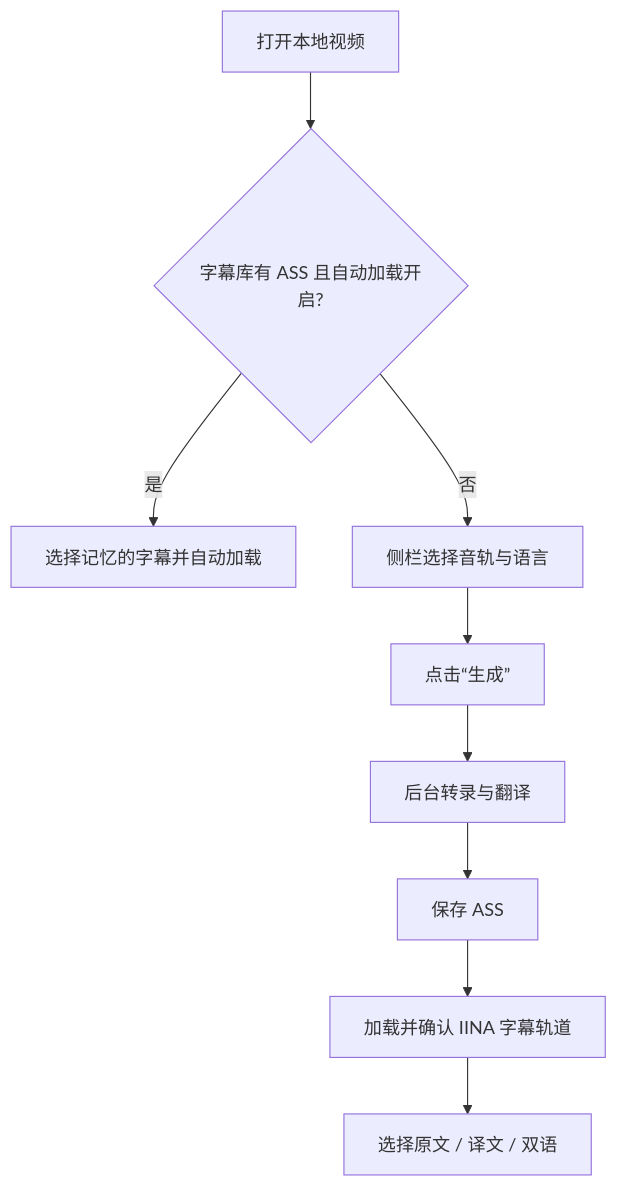
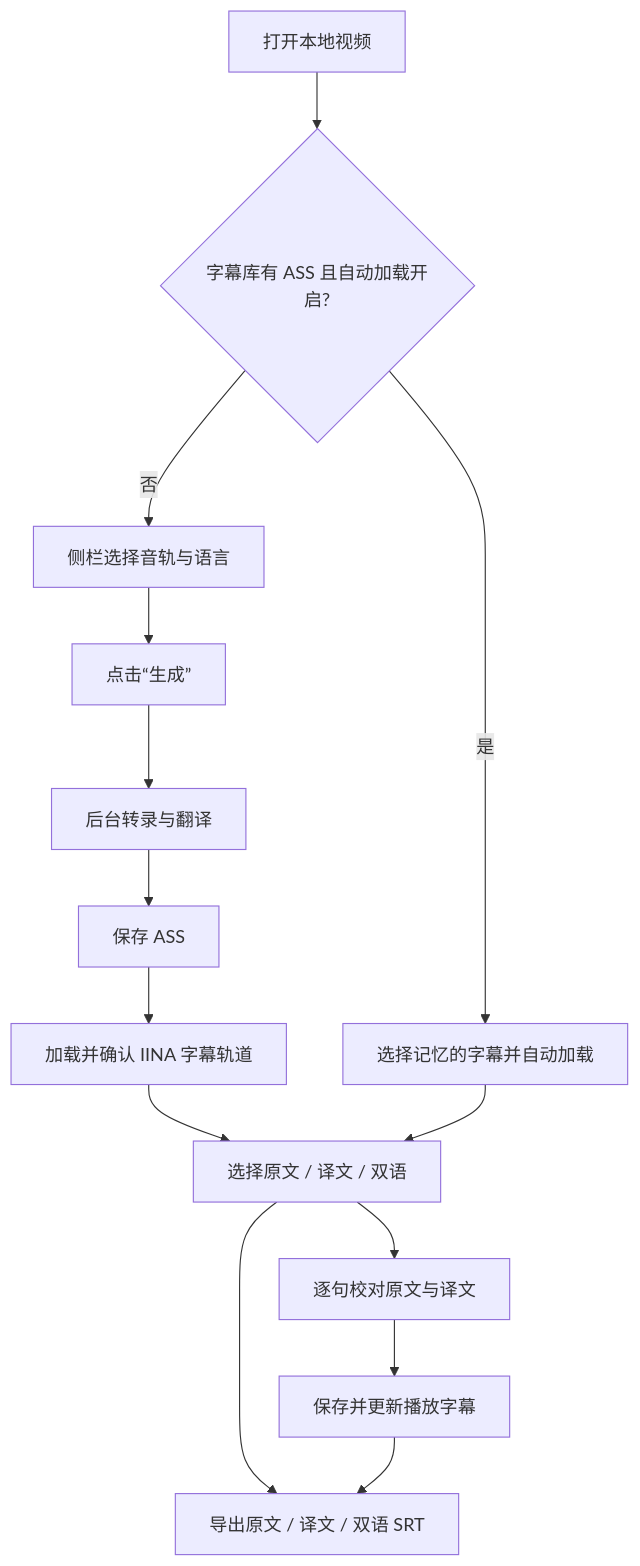
Before and after one commit to BBboy01/otoha: the first of 2 diagrams in docs/iina-transcription-translation-plugin-plan.md, drawn with Mermaid. The commit also changed other lines of this file and 46 other files, not shown here.

````diff
--- a/docs/iina-transcription-translation-plugin-plan.md
+++ b/docs/iina-transcription-translation-plugin-plan.md
@@ -9,11 +9,16 @@
 ```mermaid
 flowchart TD
     A[打开本地视频] --> B{字幕库有 ASS 且自动加载开启?}
     B -- 是 --> C[选择记忆的字幕并自动加载]
     B -- 否 --> D[侧栏选择音轨与语言]
     D --> E[点击“生成”]
     E --> F[后台转录与翻译]
     F --> G[保存 ASS]
     G --> H[加载并确认 IINA 字幕轨道]
     H --> I[选择原文 / 译文 / 双语]
+    C --> I
+    I --> J[逐句校对原文与译文]
+    J --> K[保存并更新播放字幕]
+    I --> L[导出原文 / 译文 / 双语 SRT]
+    K --> L
 ```
````
